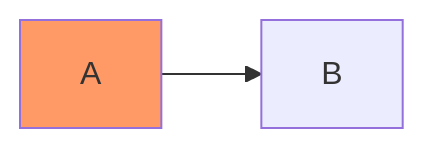
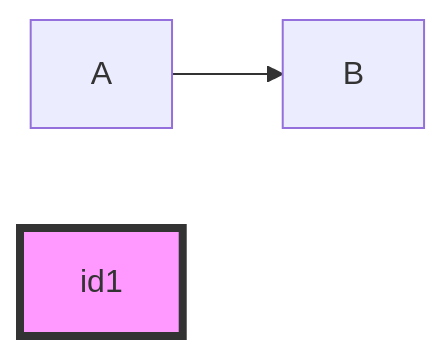
The second of 2 diagrams in myworkflow.md (giorgio-bendoni/giorgio-bendoni.github.io), drawn with Mermaid before and after one commit.

```diff
--- a/myworkflow.md
+++ b/myworkflow.md
@@ -24,5 +24,5 @@
 <div class="mermaid">
 graph LR
-    A:::someclass --> B
-    classDef someclass fill:#f96
+    A --> B
+  style id1 fill:#f9f,stroke:#333,stroke-width:4px
 </div>
```
